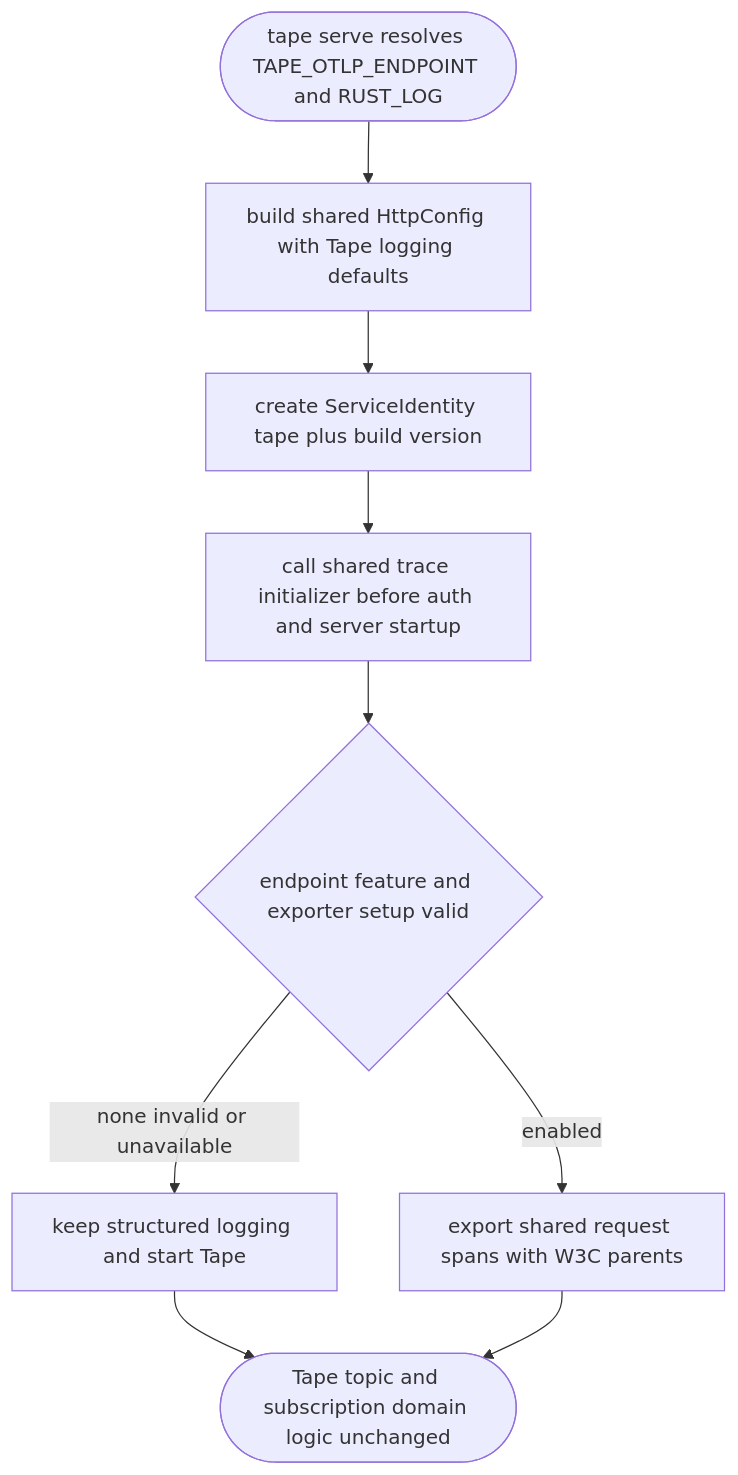
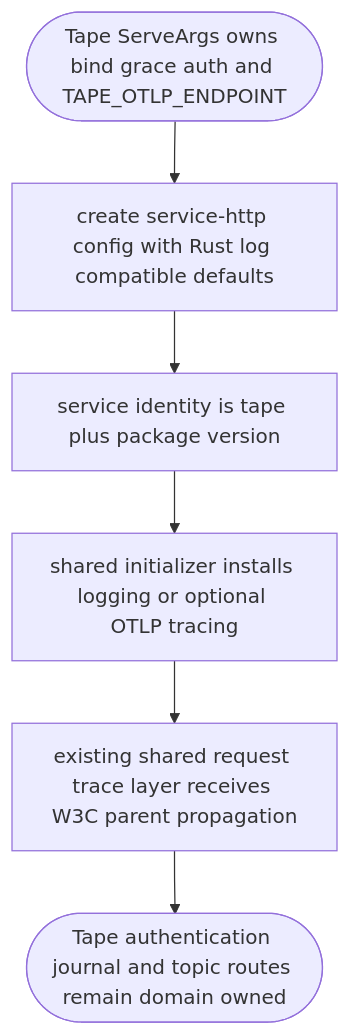
Before and after one commit to chrischeng-c4/axiom: the first of 2 diagrams in apps/tape/tech-design/logic/adopt-shared-service-http-otlp-tracing.md, drawn with Mermaid. The commit also changed other lines of this file, not shown here.

Commit message:
td(1662) — contract section: logic
Lifecycle-Slug: 1662
Work-Item: 1662
Lifecycle-Stage: Td-Section
Lifecycle-Phase: td_contract_in_progress
Lifecycle-Pass: contract
TD-Section: logic
Previous-Phase: td_applicability_created
Next-Phase: td_contract_in_progress
Next-Command: aw td create

````diff
--- a/apps/tape/tech-design/logic/adopt-shared-service-http-otlp-tracing.md
+++ b/apps/tape/tech-design/logic/adopt-shared-service-http-otlp-tracing.md
@@ -10,33 +10,25 @@
 ```mermaid
 ---
-id: tape-adopt-shared-otlp-tracing
-entry: start
+id: tape-shared-otlp-contract
+entry: args
 nodes:
-  start: { kind: start, label: "tape serve resolves TAPE_OTLP_ENDPOINT and RUST_LOG" }
-  config: { kind: process, label: "build shared HttpConfig with Tape logging defaults" }
-  identity: { kind: process, label: "create ServiceIdentity tape plus build version" }
-  init: { kind: process, label: "call service-http shared trace initializer before auth and server startup" }
-  fallback: { kind: decision, label: "endpoint feature and exporter setup valid" }
-  logging: { kind: process, label: "keep structured logging and start Tape" }
-  otlp: { kind: process, label: "export shared request spans with W3C parents" }
-  done: { kind: terminal, label: "Tape topic and subscription domain logic is unchanged" }
+  args: { kind: start, label: "Tape ServeArgs owns bind grace auth and TAPE_OTLP_ENDPOINT" }
+  config: { kind: process, label: "create service-http config with Rust log compatible defaults" }
+  identity: { kind: process, label: "service identity is tape plus package version" }
+  initializer: { kind: process, label: "shared initializer installs logging or optional OTLP tracing" }
+  span: { kind: process, label: "existing shared request trace layer receives W3C parent propagation" }
+  domain: { kind: terminal, label: "Tape authentication journal and topic routes remain domain owned" }
 edges:
-  - { from: start, to: config }
+  - { from: args, to: config }
   - { from: config, to: identity }
-  - { from: identity, to: init }
-  - { from: init, to: fallback }
-  - { from: fallback, to: logging, label: "none invalid or unavailable" }
-  - { from: fallback, to: otlp, label: "enabled" }
-  - { from: logging, to: done }
-  - { from: otlp, to: done }
+  - { from: identity, to: initializer }
+  - { from: initializer, to: span }
+  - { from: span, to: domain }
 ---
 flowchart TD
-    start([tape serve resolves TAPE_OTLP_ENDPOINT and RUST_LOG]) --> config[build shared HttpConfig with Tape logging defaults]
-    config --> identity[create ServiceIdentity tape plus build version]
-    identity --> init[call shared trace initializer before auth and server startup]
-    init --> fallback{endpoint feature and exporter setup valid}
-    fallback -->|none invalid or unavailable| logging[keep structured logging and start Tape]
-    fallback -->|enabled| otlp[export shared request spans with W3C parents]
-    logging --> done([Tape topic and subscription domain logic unchanged])
-    otlp --> done
+    args([Tape ServeArgs owns bind grace auth and TAPE_OTLP_ENDPOINT]) --> config[create service-http config with Rust log compatible defaults]
+    config --> identity[service identity is tape plus package version]
+    identity --> initializer[shared initializer installs logging or optional OTLP tracing]
+    initializer --> span[existing shared request trace layer receives W3C parent propagation]
+    span --> domain([Tape authentication journal and topic routes remain domain owned])
 ```
````
